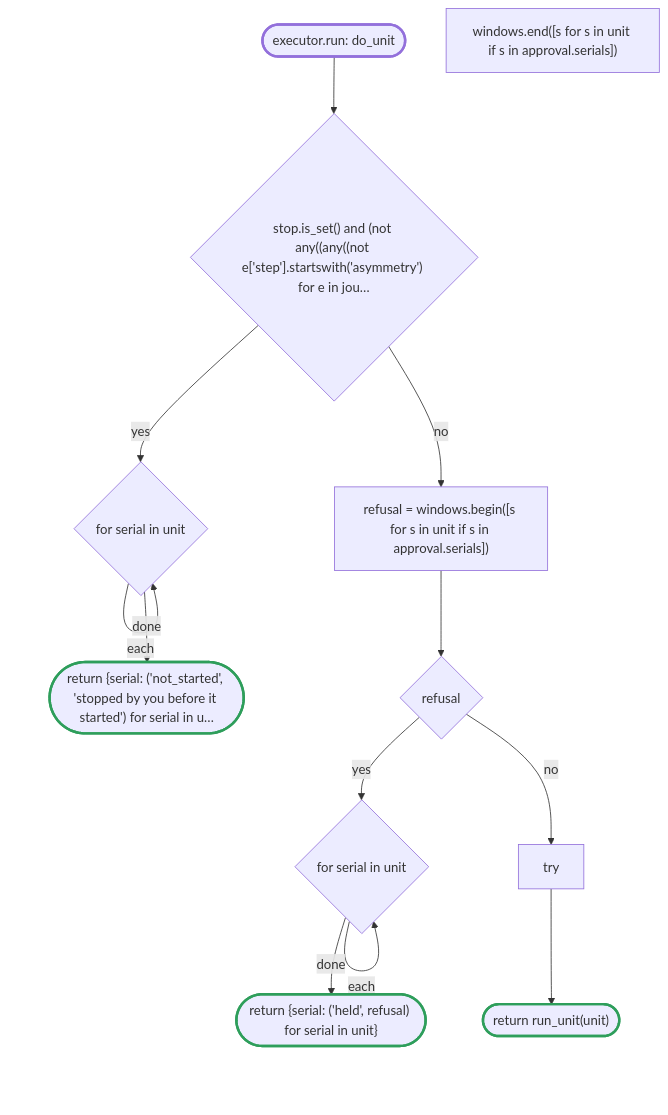
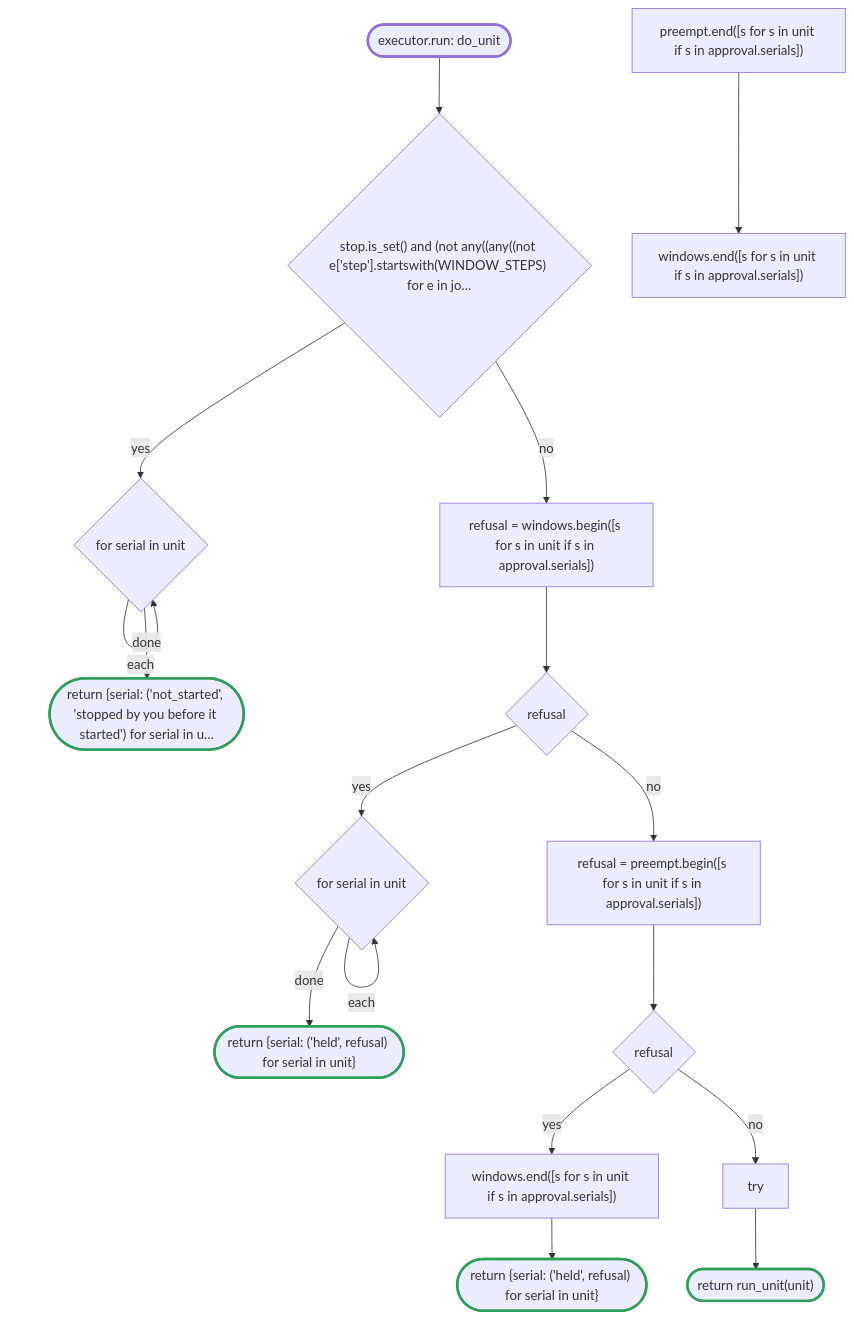
One commit to fettigcj/panUpgrade changed the second of 22 diagrams in docs/flow/upgrade.md. Above: the diagram before and after it, drawn with Mermaid. The commit also changed other lines of this file and 19 other files, not shown here.

````diff
--- a/docs/flow/upgrade.md
+++ b/docs/flow/upgrade.md
@@ -161,34 +161,45 @@
 ```mermaid
 flowchart TD
     u1(["executor.run: do_unit"])
-    u2{"stop.is_set() and (not any((any((not e['step'].startswith('asymmetry') for e in jou…"}
+    u2{"stop.is_set() and (not any((any((not e['step'].startswith(WINDOW_STEPS) for e in jo…"}
     u3{"for serial in unit"}
     u4(["return {serial: ('not_started', 'stopped by you before it started') for serial in u…"])
     u5["refusal = windows.begin([s for s in unit if s in approval.serials])"]
     u6{"refusal"}
     u7{"for serial in unit"}
     u8(["return {serial: ('held', refusal) for serial in unit}"])
-    u9["try"]
-    u10(["return run_unit(unit)"])
+    u9["refusal = preempt.begin([s for s in unit if s in approval.serials])"]
+    u10{"refusal"}
     u11["windows.end([s for s in unit if s in approval.serials])"]
+    u12(["return {serial: ('held', refusal) for serial in unit}"])
+    u13["try"]
+    u14(["return run_unit(unit)"])
+    u15["preempt.end([s for s in unit if s in approval.serials])"]
+    u16["windows.end([s for s in unit if s in approval.serials])"]
     u1 --> u2
     u2 -->|yes| u3
     u3 -->|each| u3
     u3 -->|done| u4
     u2 -->|no| u5
     u5 --> u6
     u6 -->|yes| u7
     u7 -->|each| u7
     u7 -->|done| u8
     u6 -->|no| u9
     u9 --> u10
+    u10 -->|yes| u11
+    u11 --> u12
+    u10 -->|no| u13
+    u13 --> u14
+    u15 --> u16
     classDef api stroke:#2f6fed,stroke-width:3px
     classDef refuse stroke:#d64545,stroke-width:3px
     classDef done stroke:#2e9e5b,stroke-width:3px
     classDef step stroke:#e0a020,stroke-width:3px
     classDef entry stroke-width:3px
     class u1 entry
     class u4 done
     class u8 done
-    class u10 done
+    class u12 done
+    class u14 done
 ```
````
